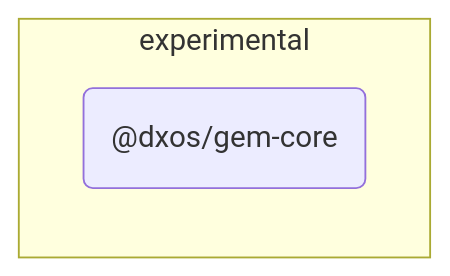
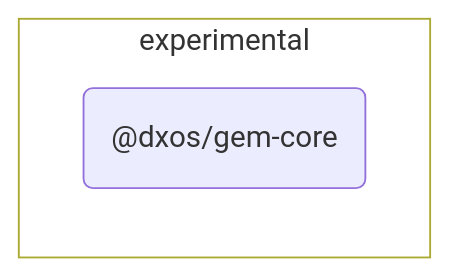
The diagram in packages/experimental/gem-core/docs/README.md (dxos/dxos), drawn with Mermaid before and after one commit. The commit also changed 80 other files, not shown here.

````diff
--- a/packages/experimental/gem-core/docs/README.md
+++ b/packages/experimental/gem-core/docs/README.md
@@ -7,15 +7,17 @@
 ```mermaid
 %%{ init: {'flowchart':{'curve':'basis'}} }%%
 
 flowchart LR
 
+%% Classes
+
+
+
 %% Nodes
 
 subgraph experimental [experimental]
+  style experimental fill:transparent
   dxos/gem-core("@dxos/gem-core"):::root
   click dxos/gem-core "dxos/dxos/tree/main/packages/experimental/gem-core/docs"
 end
-
-%% Links
-linkStyle default stroke:#333,stroke-width:1px
 ```
````
